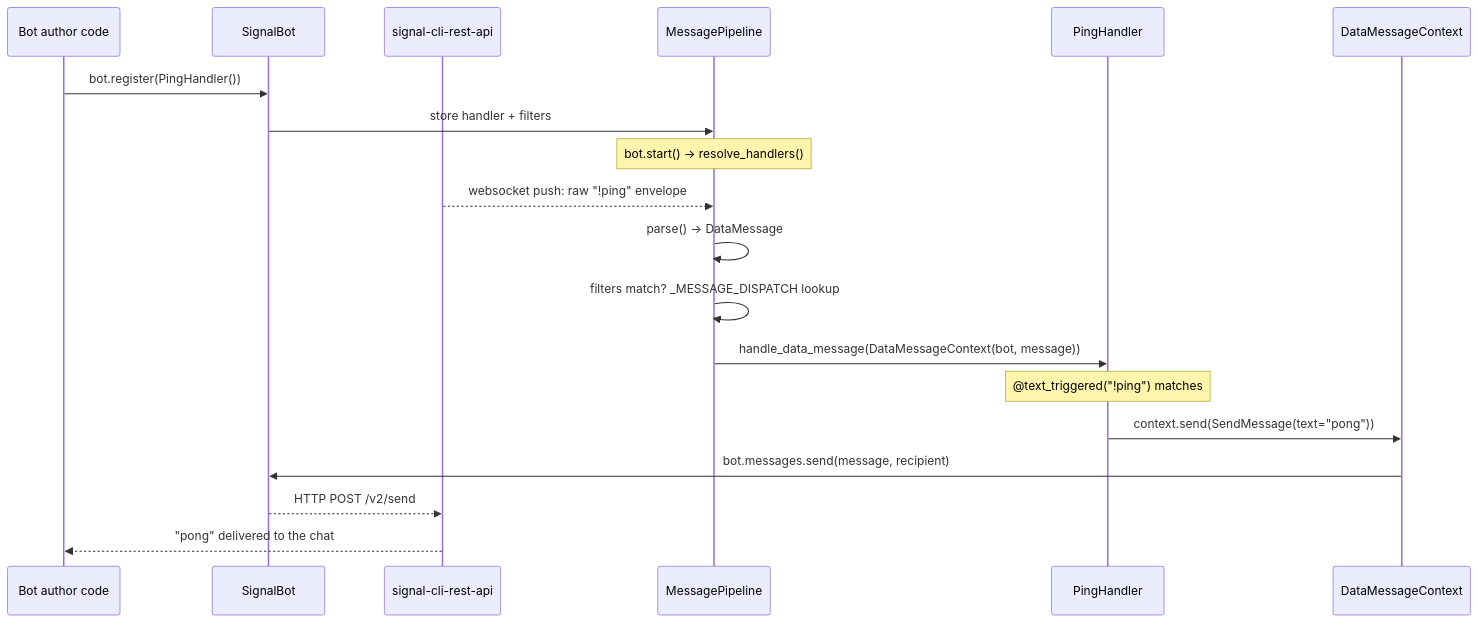
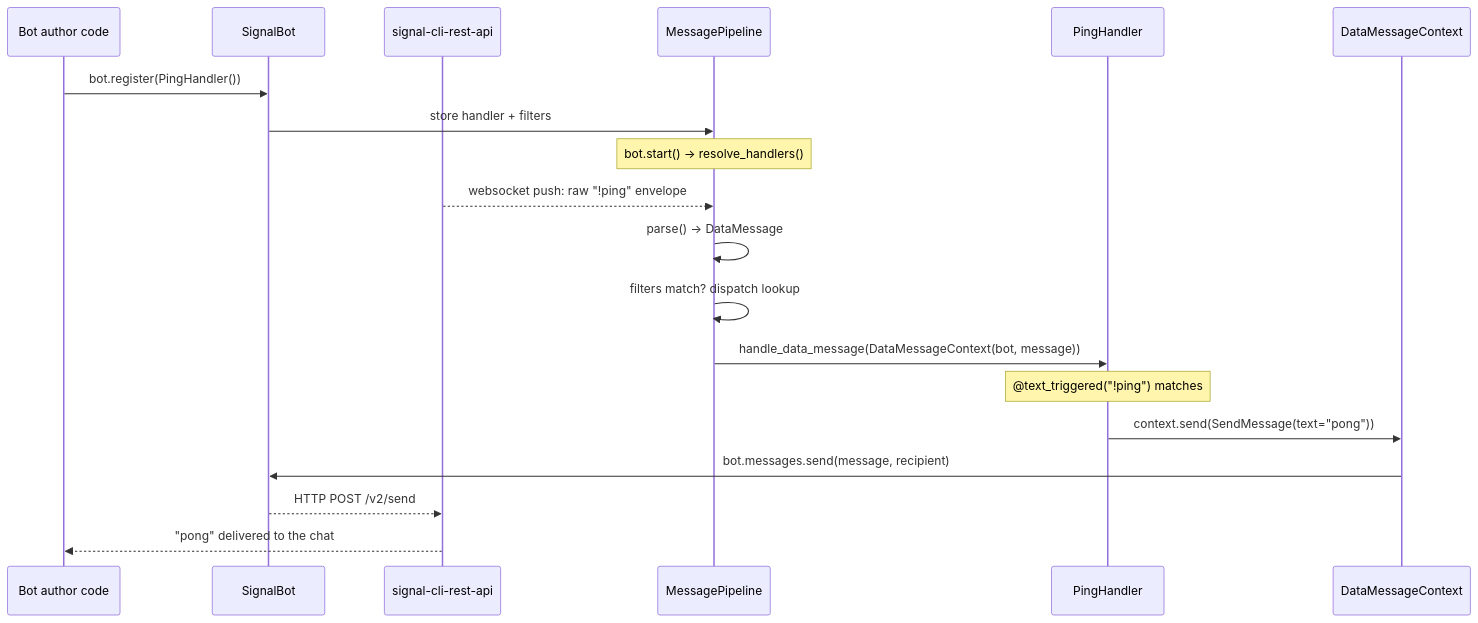
One commit to TabError/signalbot changed the third of 3 diagrams in docs/02_concepts.md. Above: the diagram before and after it, drawn with Mermaid. The commit also changed other lines of this file, not shown here.

````diff
--- a/docs/02_concepts.md
+++ b/docs/02_concepts.md
@@ -86,24 +58,24 @@
 ```mermaid
 %%{init: {"sequence": {"useMaxWidth": false}}}%%
 sequenceDiagram
     participant Author as Bot author code
     participant Bot as SignalBot
     participant API as signal-cli-rest-api
     participant Pipeline as MessagePipeline
     participant Handler as PingHandler
     participant Context as DataMessageContext
 
     Author->>Bot: bot.register(PingHandler())
     Bot->>Pipeline: store handler + filters
     Note over Pipeline: bot.start() → resolve_handlers()
 
     API-->>Pipeline: websocket push: raw "!ping" envelope
     Pipeline->>Pipeline: parse() → DataMessage
-    Pipeline->>Pipeline: filters match? _MESSAGE_DISPATCH lookup
+    Pipeline->>Pipeline: filters match? dispatch lookup
     Pipeline->>Handler: handle_data_message(DataMessageContext(bot, message))
     Note over Handler: @text_triggered("!ping") matches
     Handler->>Context: context.send(SendMessage(text="pong"))
     Context->>Bot: bot.messages.send(message, recipient)
     Bot-->>API: HTTP POST /v2/send
     API-->>Author: "pong" delivered to the chat
 ```
````
